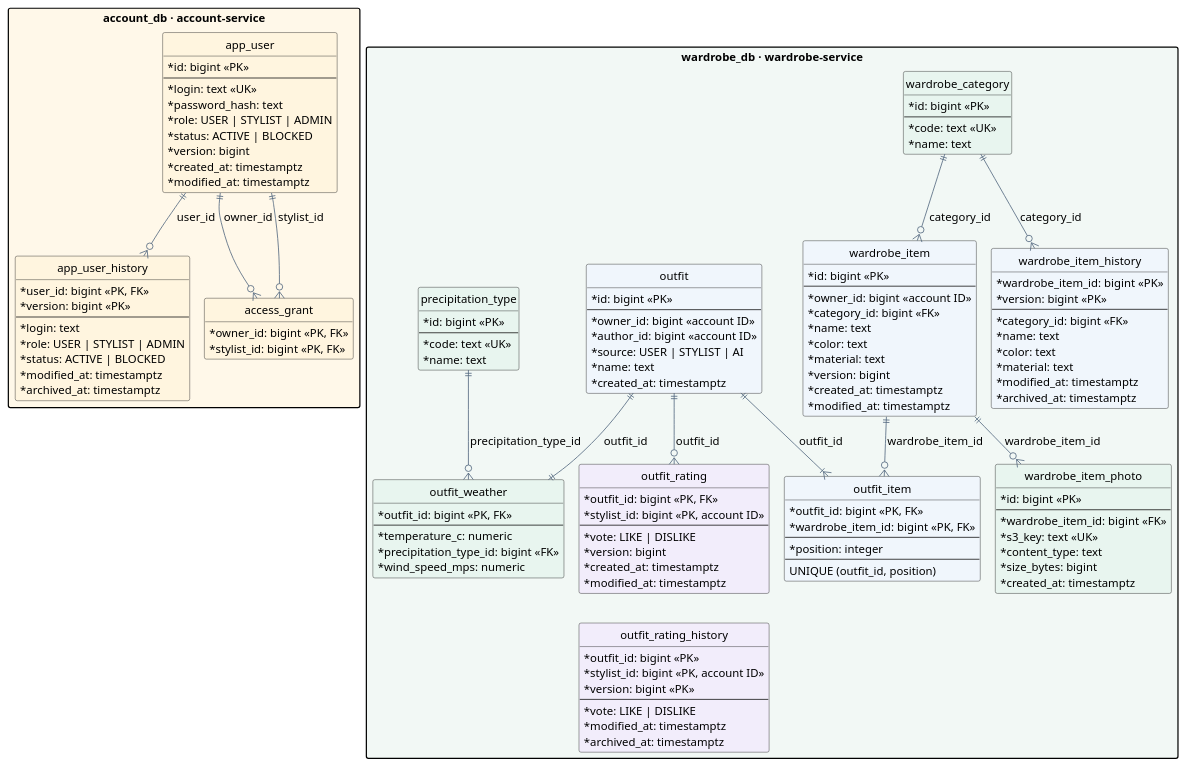
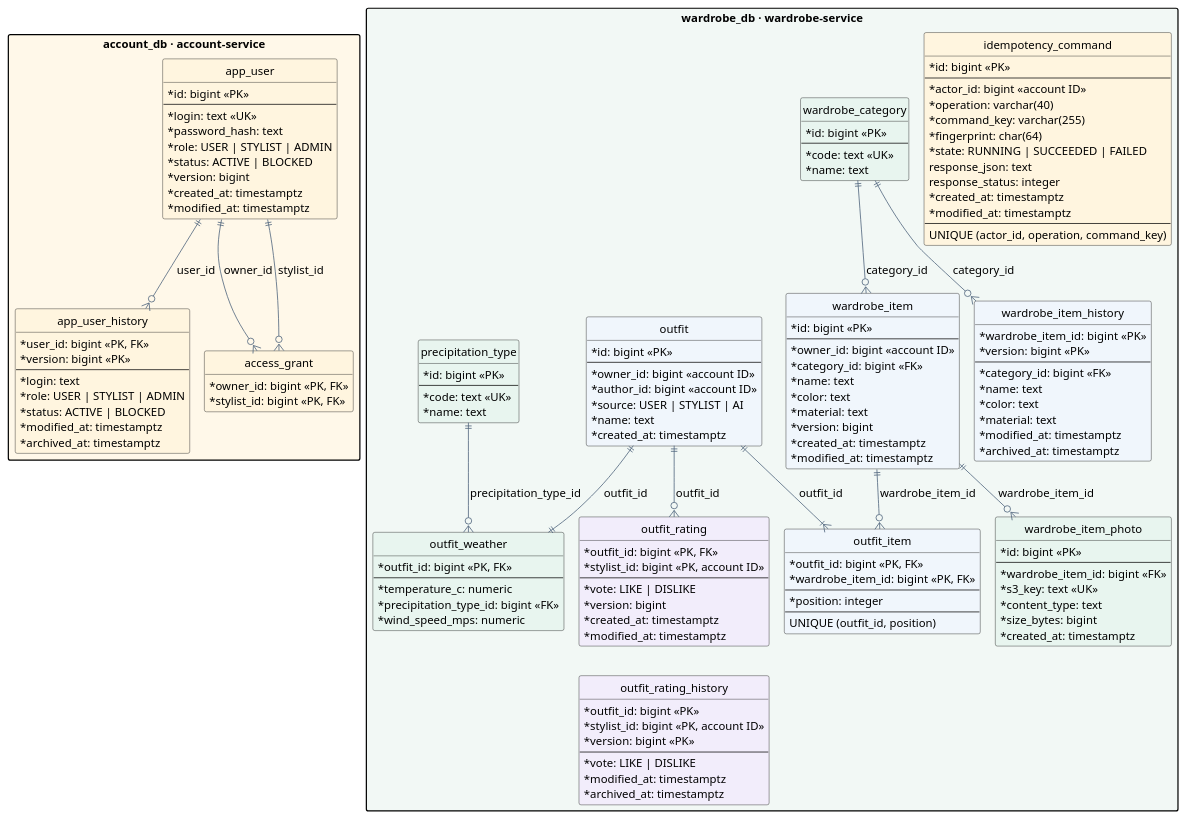
Before and after one commit to SimeonGor/clothes-advisor: the diagram in docs/lab2/diagrams/data.puml, drawn with PlantUML. The commit also changed 8 other files, not shown here.

```diff
--- a/docs/lab2/diagrams/data.puml
+++ b/docs/lab2/diagrams/data.puml
@@ -1,144 +1,159 @@
 @startuml data
 !pragma layout smetana
 skinparam backgroundColor #FFFFFF
 skinparam defaultFontName SansSerif
 skinparam defaultFontSize 14
 skinparam shadowing false
 skinparam classAttributeIconSize 0
 skinparam packageStyle rectangle
 skinparam nodesep 55
 skinparam ranksep 65
 skinparam ArrowColor #52677F
 hide methods
 hide circle
 
 package "account_db · account-service" as account #FFF8E9 {
   entity "app_user" as user #FFF5DF {
     * id: bigint <<PK>>
     --
     * login: text <<UK>>
     * password_hash: text
     * role: USER | STYLIST | ADMIN
     * status: ACTIVE | BLOCKED
     * version: bigint
     * created_at: timestamptz
     * modified_at: timestamptz
   }
   entity "app_user_history" as user_history #FFF5DF {
     * user_id: bigint <<PK, FK>>
     * version: bigint <<PK>>
     --
     * login: text
     * role: USER | STYLIST | ADMIN
     * status: ACTIVE | BLOCKED
     * modified_at: timestamptz
     * archived_at: timestamptz
   }
   entity "access_grant" as grant #FFF5DF {
     * owner_id: bigint <<PK, FK>>
     * stylist_id: bigint <<PK, FK>>
   }
   user ||--o{ user_history : user_id
   user ||--o{ grant : owner_id
   user ||--o{ grant : stylist_id
 }
 
 package "wardrobe_db · wardrobe-service" as wardrobe #F2F8F5 {
+  entity "idempotency_command" as command #FFF5DF {
+    * id: bigint <<PK>>
+    --
+    * actor_id: bigint <<account ID>>
+    * operation: varchar(40)
+    * command_key: varchar(255)
+    * fingerprint: char(64)
+    * state: RUNNING | SUCCEEDED | FAILED
+    response_json: text
+    response_status: integer
+    * created_at: timestamptz
+    * modified_at: timestamptz
+    --
+    UNIQUE (actor_id, operation, command_key)
+  }
   entity "wardrobe_category" as category #E8F5EF {
     * id: bigint <<PK>>
     --
     * code: text <<UK>>
     * name: text
   }
   entity "wardrobe_item" as item #F0F6FC {
     * id: bigint <<PK>>
     --
     * owner_id: bigint <<account ID>>
     * category_id: bigint <<FK>>
     * name: text
     * color: text
     * material: text
     * version: bigint
     * created_at: timestamptz
     * modified_at: timestamptz
   }
   entity "wardrobe_item_history" as item_history #F0F6FC {
     * wardrobe_item_id: bigint <<PK>>
     * version: bigint <<PK>>
     --
     * category_id: bigint <<FK>>
     * name: text
     * color: text
     * material: text
     * modified_at: timestamptz
     * archived_at: timestamptz
   }
   entity "wardrobe_item_photo" as photo #E8F5EF {
     * id: bigint <<PK>>
     --
     * wardrobe_item_id: bigint <<FK>>
     * s3_key: text <<UK>>
     * content_type: text
     * size_bytes: bigint
     * created_at: timestamptz
   }
   entity "outfit" as outfit #F0F6FC {
     * id: bigint <<PK>>
     --
     * owner_id: bigint <<account ID>>
     * author_id: bigint <<account ID>>
     * source: USER | STYLIST | AI
     * name: text
     * created_at: timestamptz
   }
   entity "outfit_item" as composition #F0F6FC {
     * outfit_id: bigint <<PK, FK>>
     * wardrobe_item_id: bigint <<PK, FK>>
     --
     * position: integer
     --
     UNIQUE (outfit_id, position)
   }
   entity "outfit_weather" as weather #E8F5EF {
     * outfit_id: bigint <<PK, FK>>
     --
     * temperature_c: numeric
     * precipitation_type_id: bigint <<FK>>
     * wind_speed_mps: numeric
   }
   entity "precipitation_type" as precipitation #E8F5EF {
     * id: bigint <<PK>>
     --
     * code: text <<UK>>
     * name: text
   }
   entity "outfit_rating" as rating #F2EDFB {
     * outfit_id: bigint <<PK, FK>>
     * stylist_id: bigint <<PK, account ID>>
     --
     * vote: LIKE | DISLIKE
     * version: bigint
     * created_at: timestamptz
     * modified_at: timestamptz
   }
   entity "outfit_rating_history" as rating_history #F2EDFB {
     * outfit_id: bigint <<PK>>
     * stylist_id: bigint <<PK, account ID>>
     * version: bigint <<PK>>
     --
     * vote: LIKE | DISLIKE
     * modified_at: timestamptz
     * archived_at: timestamptz
   }
   category ||--o{ item : category_id
   category ||--o{ item_history : category_id
   item ||--o{ photo : wardrobe_item_id
   item ||--o{ composition : wardrobe_item_id
   outfit ||--|{ composition : outfit_id
   outfit ||--|| weather : outfit_id
   precipitation ||--o{ weather : precipitation_type_id
   outfit ||--o{ rating : outfit_id
   rating -[hidden]down-> rating_history
 }
 account -[hidden]right-> wardrobe
 @enduml
```
